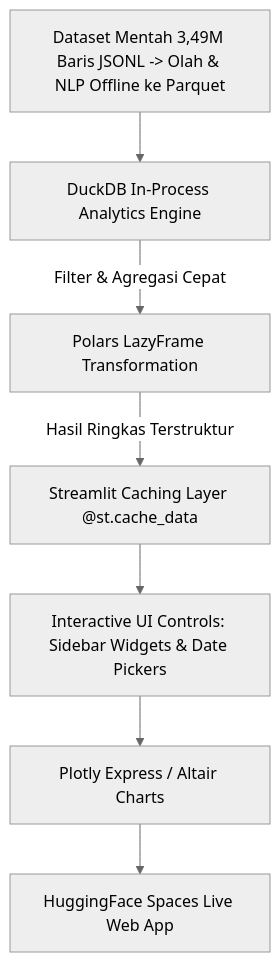
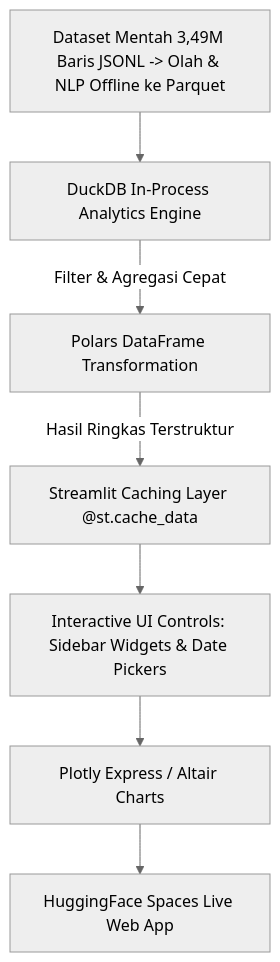
The diagram in docs/architecture.md (276-Faris/tugas2-abd-2026), drawn with Mermaid (neutral theme) before and after one commit. The commit also changed other lines of this file, not shown here.

````diff
--- a/docs/architecture.md
+++ b/docs/architecture.md
@@ -40,9 +40,9 @@
 ```mermaid
 flowchart TD
     A[Dataset Mentah 3,49M Baris JSONL -> Olah & NLP Offline ke Parquet] --> B[DuckDB In-Process Analytics Engine]
-    B -->|Filter & Agregasi Cepat| C[Polars LazyFrame Transformation]
+    B -->|Filter & Agregasi Cepat| C[Polars DataFrame Transformation]
     C -->|Hasil Ringkas Terstruktur| D[Streamlit Caching Layer @st.cache_data]
     D --> E[Interactive UI Controls: Sidebar Widgets & Date Pickers]
     E --> F[Plotly Express / Altair Charts]
     F --> G[HuggingFace Spaces Live Web App]
 ```
````
